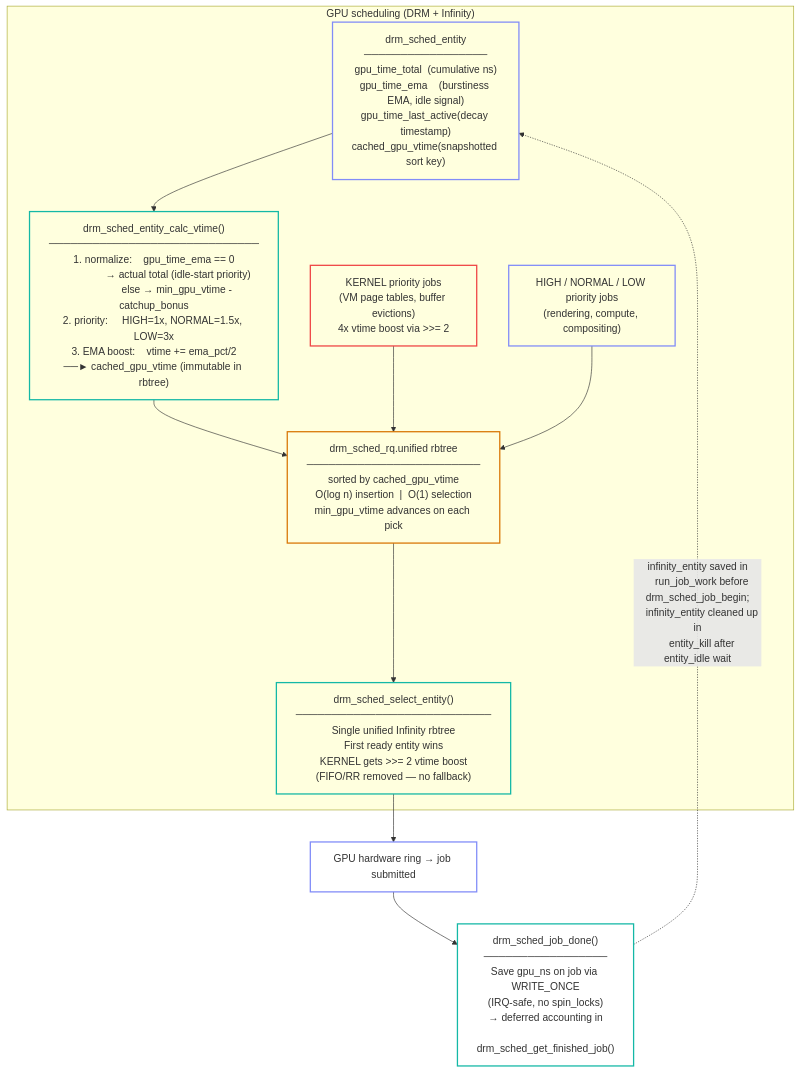
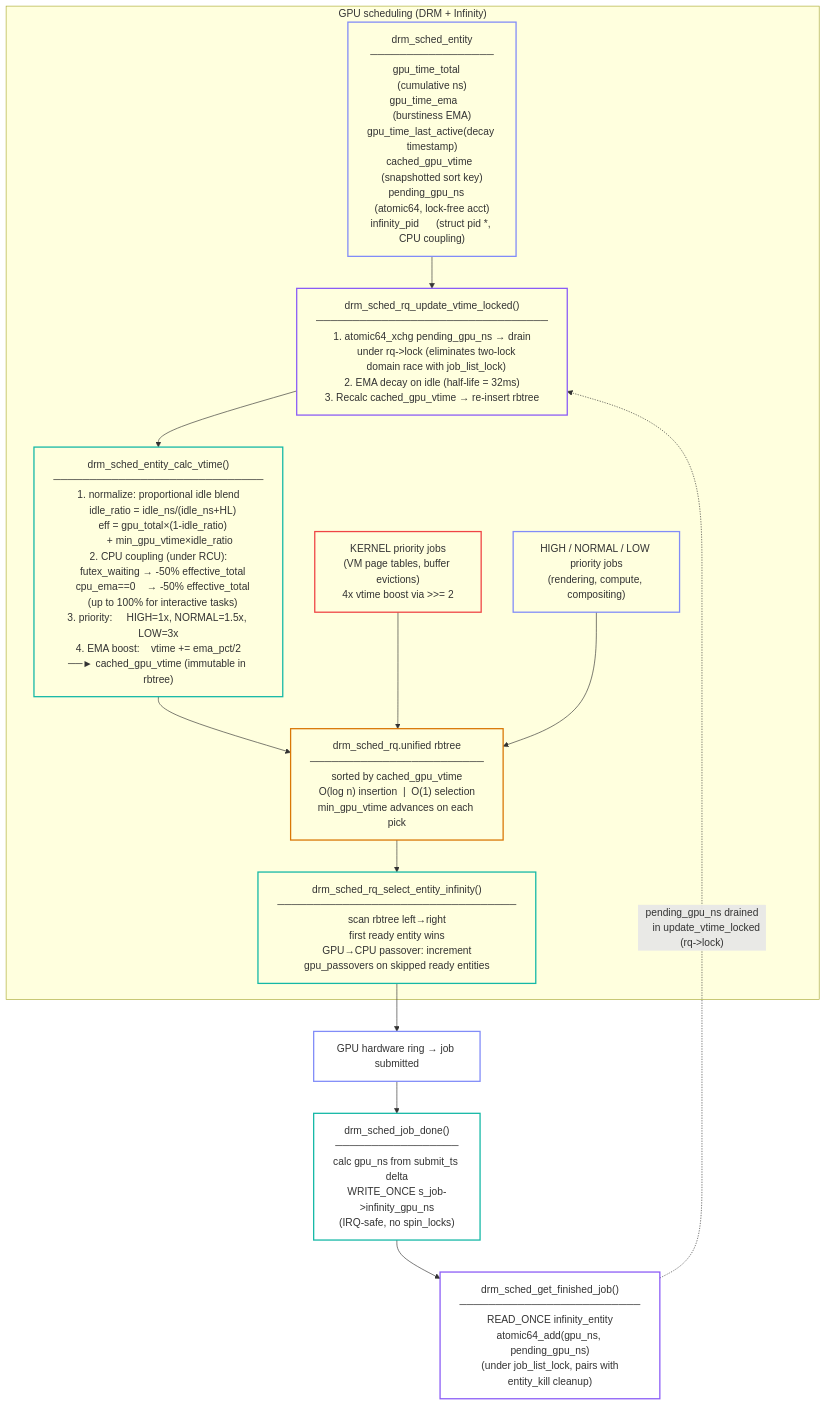
Before and after one commit to galpt/infinity-scheduler: the second of 2 diagrams in README.md, drawn with Mermaid. The commit also changed other lines of this file, not shown here.

Commit message:
README: update for PRD-003 features (cross-scheduler coupling, proportional idle compensation)
- Patch count updated from 5 to 11 per kernel target
- Stats description reflects expanded counters
- GPU scheduling text describes proportional idle compensation,
  CPU-to-GPU coupling, GPU-to-CPU feedback, and two-lock-domain fix
- Mermaid diagram updated with pending_gpu_ns drain, CPU coupling
  block, gpu_passovers, and proportional idle blend
- Feature table adds new entries for two-lock fix, idle compensation,
  coupling, feedback, and expanded stats

````diff
--- a/README.md
+++ b/README.md
@@ -159,23 +183,40 @@
     classDef algo fill:#0000,stroke:#14b8a6,stroke-width:2
     classDef dec fill:#0000,stroke:#d97706,stroke-width:2
     classDef sig fill:#0000,stroke:#ef4444,stroke-width:2
+    classDef lock fill:#0000,stroke:#8b5cf6,stroke-width:2
 
     subgraph GPU["GPU scheduling (DRM + Infinity)"]
         ENTITY["drm_sched_entity
 ─────────────────
-gpu_time_total  (cumulative ns)
-gpu_time_ema    (burstiness EMA, idle signal)
+gpu_time_total    (cumulative ns)
+gpu_time_ema      (burstiness EMA)
 gpu_time_last_active(decay timestamp)
-cached_gpu_vtime(snapshotted sort key)"]
+cached_gpu_vtime  (snapshotted sort key)
+pending_gpu_ns    (atomic64, lock-free acct)
+infinity_pid      (struct pid *, CPU coupling)"]
         class ENTITY ent
 
-        ENTITY --> VTIME["drm_sched_entity_calc_vtime()
+        ENTITY --> DRAIN["drm_sched_rq_update_vtime_locked()
+────────────────────────────────
+1. atomic64_xchg pending_gpu_ns → drain
+   under rq->lock (eliminates two-lock
+   domain race with job_list_lock)
+2. EMA decay on idle (half-life = 32ms)
+3. Recalc cached_gpu_vtime → re-insert rbtree"]
+        class DRAIN lock
+
+        DRAIN --> VTIME["drm_sched_entity_calc_vtime()
 ─────────────────────────────
-1. normalize:    gpu_time_ema == 0
-                 → actual total (idle-start priority)
-                 else → min_gpu_vtime - catchup_bonus
-2. priority:     HIGH=1x, NORMAL=1.5x, LOW=3x
-3. EMA boost:    vtime += ema_pct/2
+1. normalize: proportional idle blend
+   idle_ratio = idle_ns/(idle_ns+HL)
+   eff = gpu_total×(1-idle_ratio)
+        + min_gpu_vtime×idle_ratio
+2. CPU coupling (under RCU):
+   futex_waiting → -50% effective_total
+   cpu_ema==0    → -50% effective_total
+   (up to 100% for interactive tasks)
+3. priority:     HIGH=1x, NORMAL=1.5x, LOW=3x
+4. EMA boost:    vtime += ema_pct/2
 ──► cached_gpu_vtime (immutable in rbtree)"]
         class VTIME algo
 
@@ -197,12 +238,12 @@
         KERNEL --> QUEUE
         USER --> QUEUE
 
-        SELECT["drm_sched_select_entity()
-───────────────────────────
-Single unified Infinity rbtree
-First ready entity wins
-KERNEL gets >>= 2 vtime boost
-(FIFO/RR removed — no fallback)"]
+        SELECT["drm_sched_rq_select_entity_infinity()
+─────────────────────────────────
+scan rbtree left→right
+first ready entity wins
+GPU→CPU passover: increment
+gpu_passovers on skipped ready entities"]
         class SELECT algo
 
         QUEUE --> SELECT
@@ -213,14 +254,19 @@
 
     HW --> DONE["drm_sched_job_done()
 ─────────────────
-Save gpu_ns on job via WRITE_ONCE
-(IRQ-safe, no spin_locks)
-→ deferred accounting in
-  drm_sched_get_finished_job()"]
+calc gpu_ns from submit_ts delta
+WRITE_ONCE s_job->infinity_gpu_ns
+(IRQ-safe, no spin_locks)"]
     class DONE algo
 
-    DONE -. "infinity_entity saved in
-    run_job_work before drm_sched_job_begin;
-    infinity_entity cleaned up in
-    entity_kill after entity_idle wait" .-> ENTITY
+    DONE --> FINI["drm_sched_get_finished_job()
+─────────────────────────
+READ_ONCE infinity_entity
+atomic64_add(gpu_ns, pending_gpu_ns)
+(under job_list_lock, pairs with
+entity_kill cleanup)"]
+    class FINI lock
+
+    FINI -. "pending_gpu_ns drained
+    in update_vtime_locked (rq->lock)" .-> DRAIN
 ```
````
